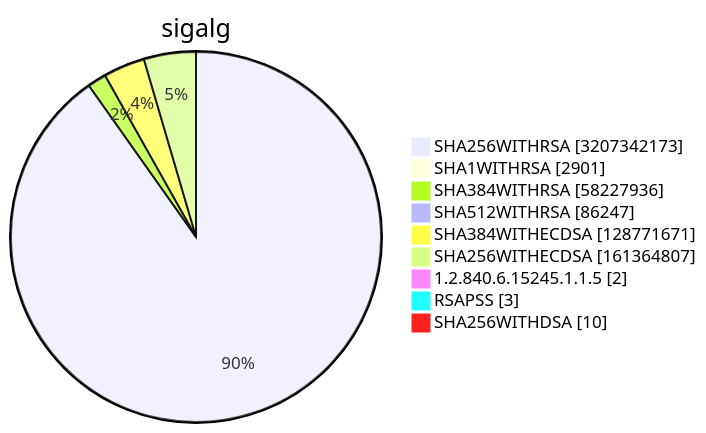
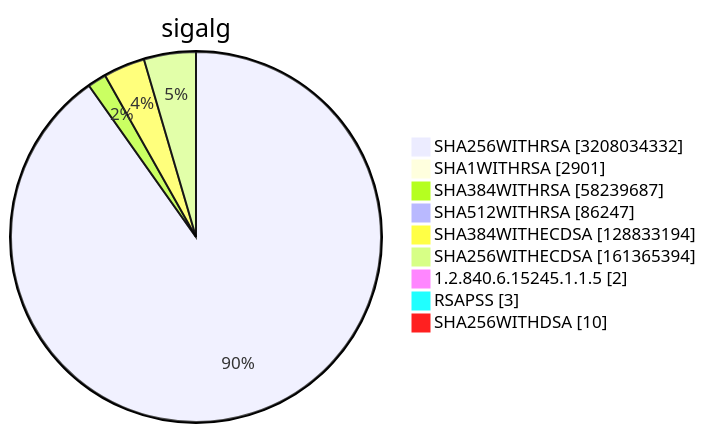
Before and after one commit to christiankrug/ctmonitor_visualization: diagram 15 of 15 in TOTAL/README.md, drawn with Mermaid. The commit also changed other lines of this file, not shown here.

````diff
--- a/TOTAL/README.md
+++ b/TOTAL/README.md
@@ -6217,13 +6217,13 @@
 ```mermaid
 pie showData
 title sigalg
-"SHA256WITHRSA" :3207342173
+"SHA256WITHRSA" :3208034332
 "SHA1WITHRSA" :2901
-"SHA384WITHRSA" :58227936
+"SHA384WITHRSA" :58239687
 "SHA512WITHRSA" :86247
-"SHA384WITHECDSA" :128771671
-"SHA256WITHECDSA" :161364807
+"SHA384WITHECDSA" :128833194
+"SHA256WITHECDSA" :161365394
 "1.2.840.6.15245.1.1.5" :2
 "RSAPSS" :3
 "SHA256WITHDSA" :10
 ```
````
